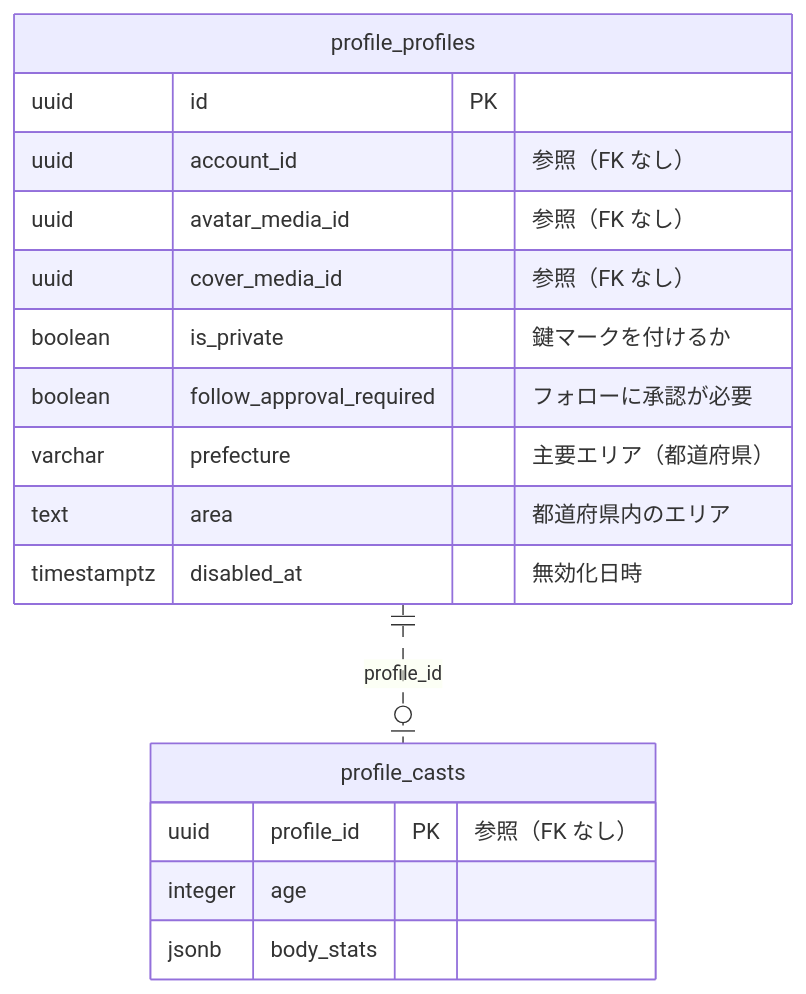
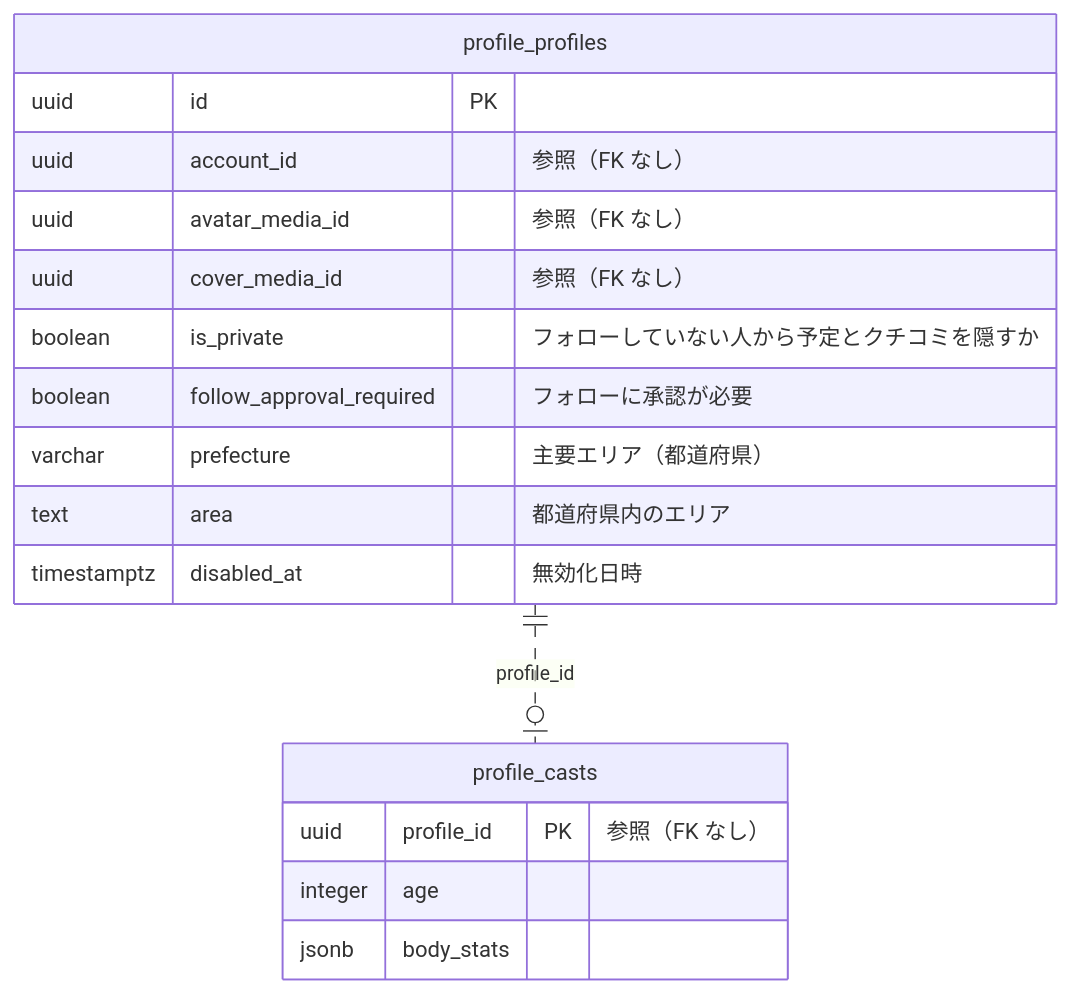
Before and after one commit to panicboat/monorepo: the third of 14 diagrams in dystopia/docs/data-model.md, drawn with Mermaid. The commit also changed 69 other files, not shown here.

````diff
--- a/dystopia/docs/data-model.md
+++ b/dystopia/docs/data-model.md
@@ -61,20 +61,20 @@
 ```mermaid
 erDiagram
     profile_profiles {
         uuid id PK
         uuid account_id "参照（FK なし）"
         uuid avatar_media_id "参照（FK なし）"
         uuid cover_media_id "参照（FK なし）"
-        boolean is_private "鍵マークを付けるか"
+        boolean is_private "フォローしていない人から予定とクチコミを隠すか"
         boolean follow_approval_required "フォローに承認が必要"
         varchar prefecture "主要エリア（都道府県）"
         text area "都道府県内のエリア"
         timestamptz disabled_at "無効化日時"
     }
     profile_casts {
         uuid profile_id PK "参照（FK なし）"
         integer age
         jsonb body_stats
     }
     profile_profiles ||..o| profile_casts : "profile_id"
 ```
````
